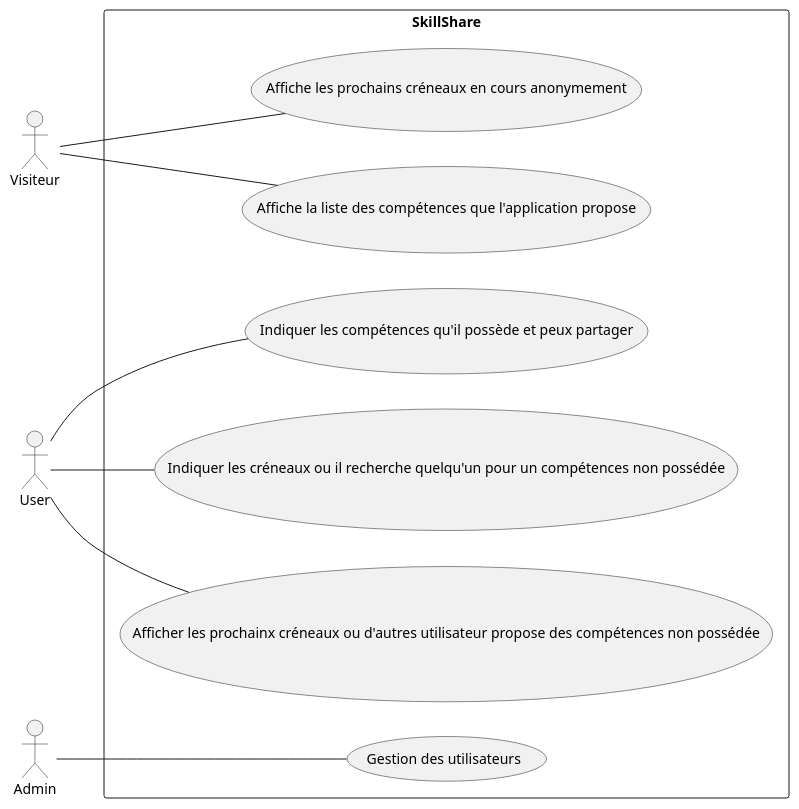
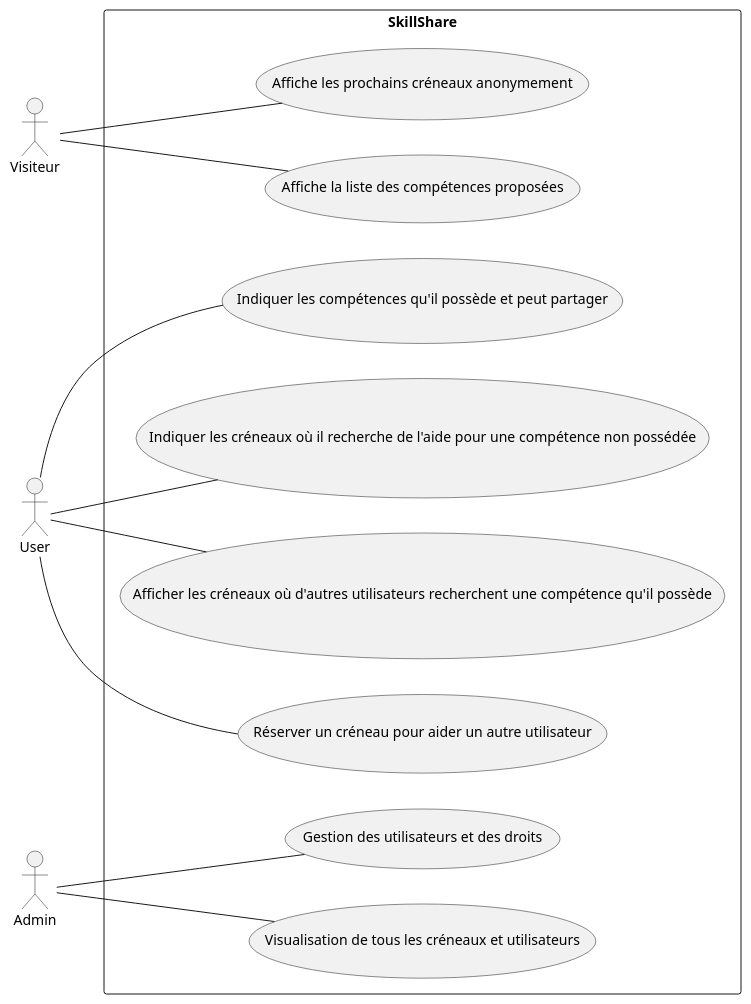
The diagram in _conception/_uml/use_case.puml (matthieu-27/skill-share), drawn with PlantUML before and after one commit.

Commit message:
fix: update use case diagram

```diff
--- a/_conception/_uml/use_case.puml
+++ b/_conception/_uml/use_case.puml
@@ -1,15 +1,17 @@
 @startuml
 left to right direction
 skinparam packageStyle rectangle
 actor Visiteur
 actor User
 actor Admin
 rectangle SkillShare {
-    Visiteur -- (Affiche les prochains créneaux en cours anonymement)
-    Visiteur -- (Affiche la liste des compétences que l'application propose)
-    User -- (Indiquer les compétences qu'il possède et peux partager)
-    User -- (Indiquer les créneaux ou il recherche quelqu'un pour un compétences non possédée)
-    User -- (Afficher les prochainx créneaux ou d'autres utilisateur propose des compétences non possédée)
-    Admin -- (Gestion des utilisateurs)
+    Visiteur -- (Affiche les prochains créneaux anonymement)
+    Visiteur -- (Affiche la liste des compétences proposées)
+    User -- (Indiquer les compétences qu'il possède et peut partager)
+    User -- (Indiquer les créneaux où il recherche de l'aide pour une compétence non possédée)
+    User -- (Afficher les créneaux où d'autres utilisateurs recherchent une compétence qu'il possède)
+    User -- (Réserver un créneau pour aider un autre utilisateur)
+    Admin -- (Gestion des utilisateurs et des droits)
+    Admin -- (Visualisation de tous les créneaux et utilisateurs)
 }
 @enduml
```
